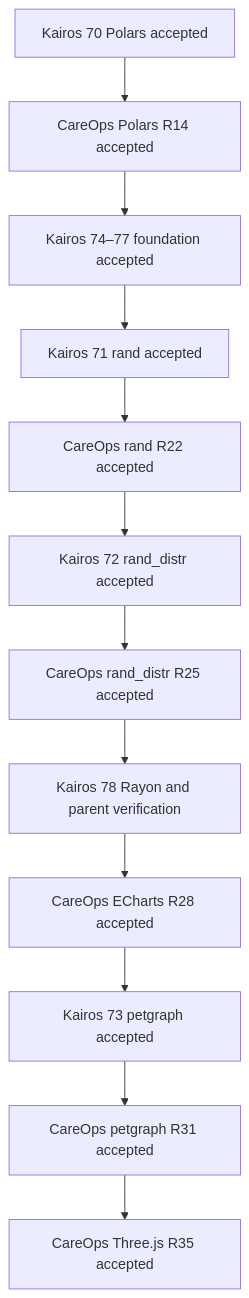
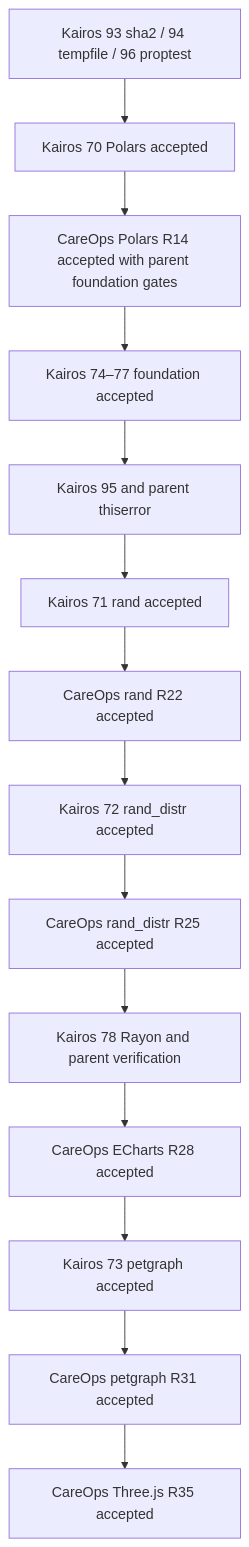
The diagram in conductor/library-adoption.md (edithatogo/kairos), drawn with Mermaid before and after one commit. The commit also changed other lines of this file and 80 other files, not shown here.

Commit message:
docs(conductor): sequence integrity and robustness dependencies

````diff
--- a/conductor/library-adoption.md
+++ b/conductor/library-adoption.md
@@ -17,14 +17,16 @@
 ```mermaid
 flowchart TD
-    KP[Kairos 70 Polars accepted] --> CP[CareOps Polars R14 accepted]
+    P[Kairos 93 sha2 / 94 tempfile / 96 proptest] --> KP[Kairos 70 Polars accepted]
+    KP --> CP[CareOps Polars R14 accepted with parent foundation gates]
     CP --> F[Kairos 74–77 foundation accepted]
-    F --> KR[Kairos 71 rand accepted]
+    F --> E[Kairos 95 and parent thiserror]
+    E --> KR[Kairos 71 rand accepted]
     KR --> CR[CareOps rand R22 accepted]
     CR --> KD[Kairos 72 rand_distr accepted]
     KD --> CD[CareOps rand_distr R25 accepted]
     CD --> R[Kairos 78 Rayon and parent verification]
     R --> EC[CareOps ECharts R28 accepted]
     EC --> KG[Kairos 73 petgraph accepted]
     KG --> CG[CareOps petgraph R31 accepted]
     CG --> TV[CareOps Three.js R35 accepted]
 ```
````
